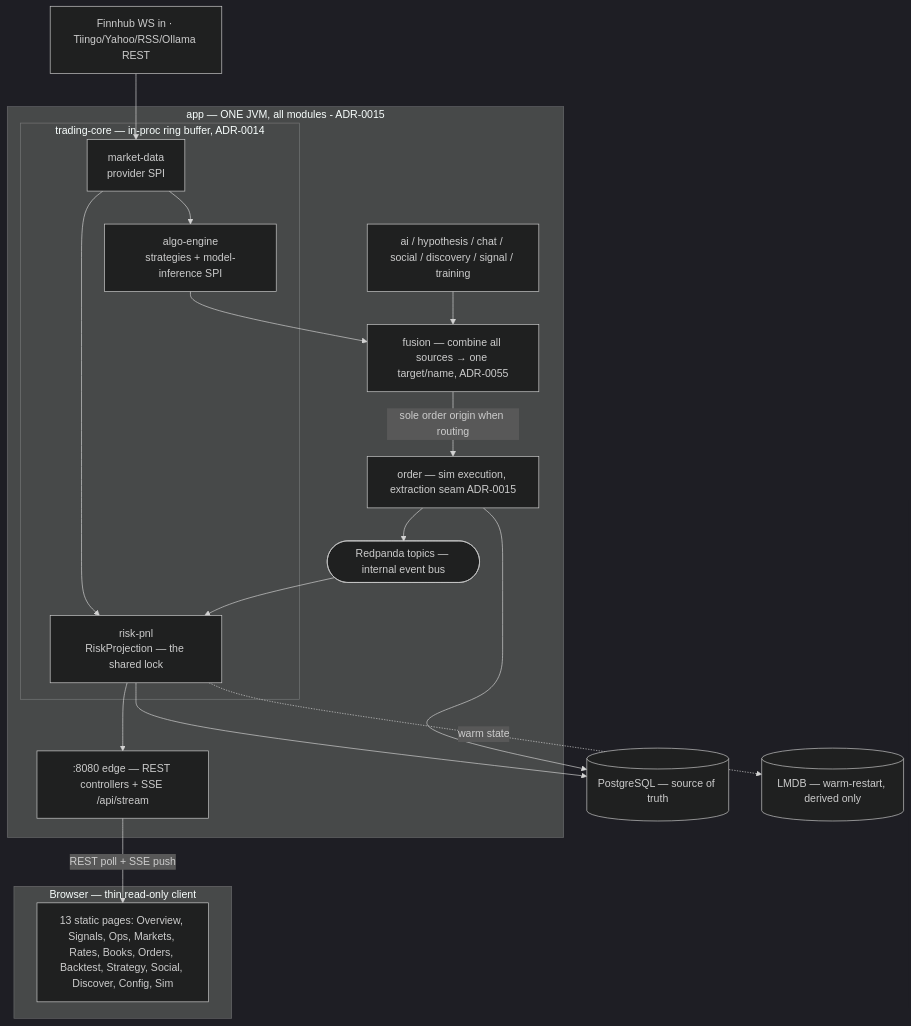
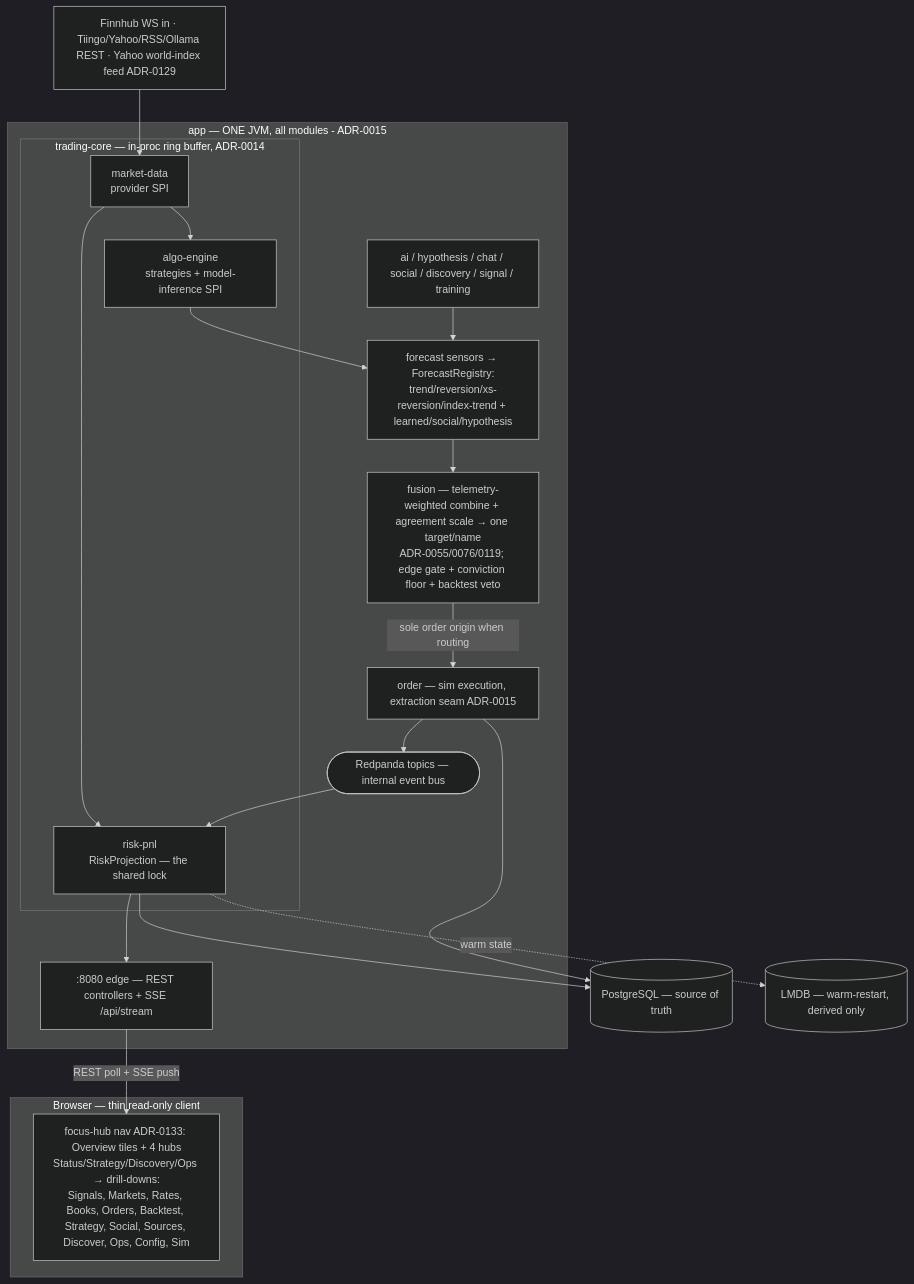
The diagram in docs/architecture/overview.md (teoleg/jethro), drawn with Mermaid (dark theme) before and after one commit. The commit also changed other lines of this file, not shown here.

First line of the commit message:
docs(architecture): reconcile overview to current state (ADR-0060 → ADR-0134)

````diff
--- a/docs/architecture/overview.md
+++ b/docs/architecture/overview.md
@@ -30,35 +41,37 @@
 ```mermaid
 flowchart TB
     subgraph browser[Browser — thin read-only client]
-        UI[13 static pages: Overview, Signals, Ops, Markets, Rates, Books, Orders, Backtest, Strategy, Social, Discover, Config, Sim]
+        UI[focus-hub nav ADR-0133: Overview tiles + 4 hubs<br/>Status/Strategy/Discovery/Ops → drill-downs:<br/>Signals, Markets, Rates, Books, Orders, Backtest, Strategy, Social, Sources, Discover, Ops, Config, Sim]
     end
     subgraph jvm[app — ONE JVM, all modules - ADR-0015]
         EDGE[:8080 edge — REST controllers + SSE /api/stream]
         subgraph coreproc[trading-core — in-proc ring buffer, ADR-0014]
             MDG[market-data<br/>provider SPI]
             ALGO[algo-engine<br/>strategies + model-inference SPI]
             RISK[risk-pnl<br/>RiskProjection — the shared lock]
         end
-        FUSION[fusion — combine all sources → one target/name, ADR-0055]
+        SENS[forecast sensors → ForecastRegistry:<br/>trend/reversion/xs-reversion/index-trend + learned/social/hypothesis]
+        FUSION[fusion — telemetry-weighted combine + agreement scale → one target/name<br/>ADR-0055/0076/0119; edge gate + conviction floor + backtest veto]
         AISVC[ai / hypothesis / chat / social / discovery / signal / training]
         ORD[order — sim execution, extraction seam ADR-0015]
         LOG([Redpanda topics — internal event bus])
     end
-    ext[Finnhub WS in · Tiingo/Yahoo/RSS/Ollama REST]
+    ext[Finnhub WS in · Tiingo/Yahoo/RSS/Ollama REST · Yahoo world-index feed ADR-0129]
     PG[(PostgreSQL — source of truth)]
     LMDB[(LMDB — warm-restart, derived only)]
 
     ext --> MDG
     MDG --> ALGO
     MDG --> RISK
-    ALGO --> FUSION
-    AISVC --> FUSION
+    ALGO --> SENS
+    AISVC --> SENS
+    SENS --> FUSION
     FUSION -->|sole order origin when routing| ORD
     ORD --> LOG
     LOG --> RISK
     RISK --> PG
     ORD --> PG
     RISK -. warm state .-> LMDB
     EDGE -->|REST poll + SSE push| UI
     RISK --> EDGE
 ```
````
